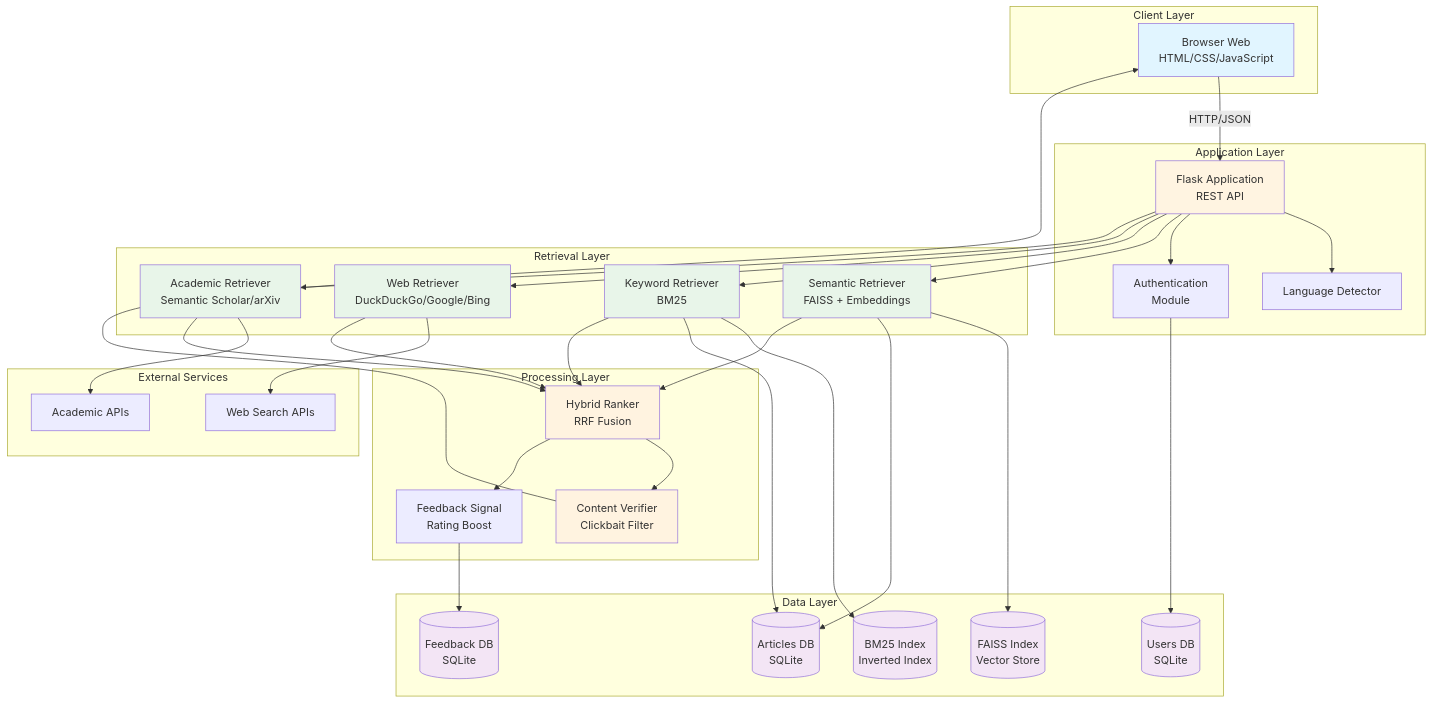
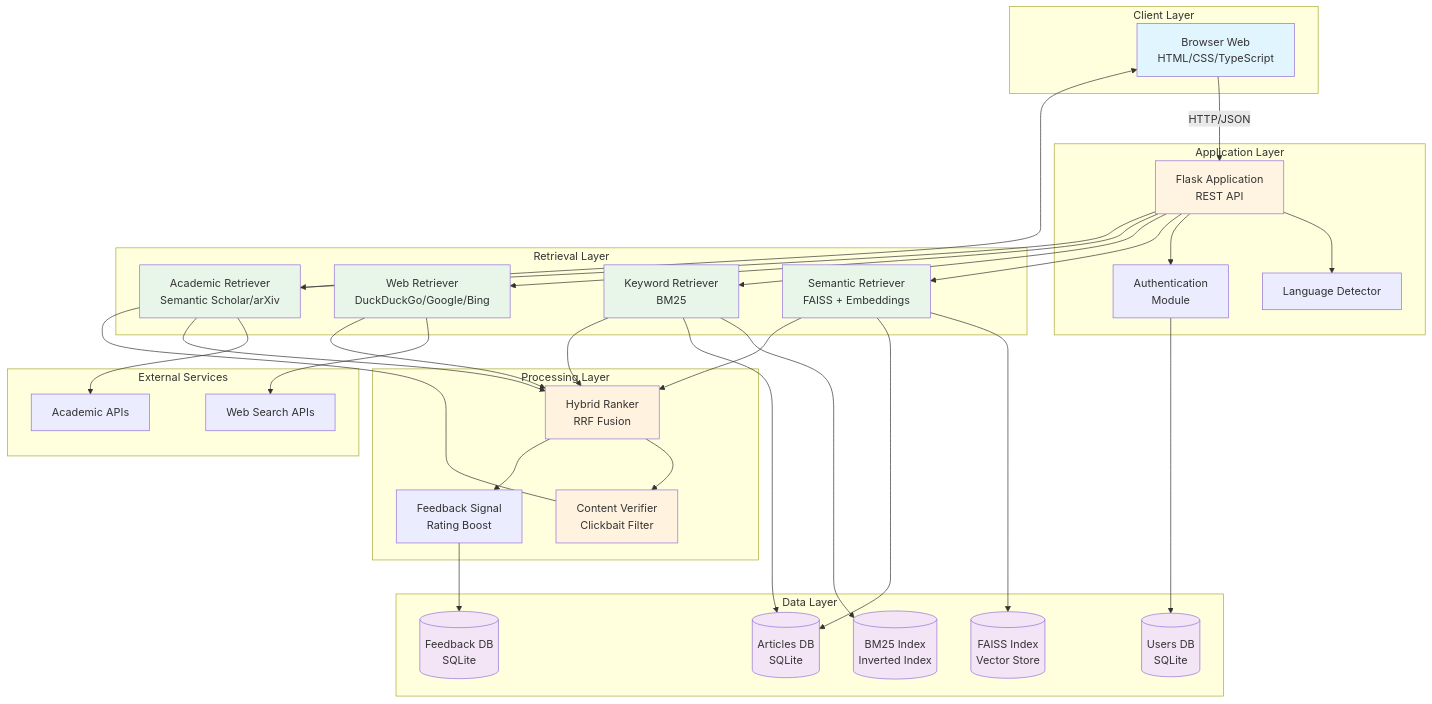
Before and after one commit to cr1stiaaana/Licenta_ThesisSourcesRecommender: the first of 13 diagrams in theory_files/ARHITECTURA_SISTEM.md, drawn with Mermaid. The commit also changed other lines of this file and 11 other files, not shown here.

First line of the commit message:
Add architecture diagrams, thesis articles, and update JS to TypeScript references

````diff
--- a/theory_files/ARHITECTURA_SISTEM.md
+++ b/theory_files/ARHITECTURA_SISTEM.md
@@ -13,79 +13,79 @@
 ```mermaid
 graph TB
     subgraph "Client Layer"
-        Browser[Browser Web<br/>HTML/CSS/JavaScript]
+        Browser[Browser Web<br/>HTML/CSS/TypeScript]
     end
 
     subgraph "Application Layer"
         Flask[Flask Application<br/>REST API]
         LD[Language Detector]
         Auth[Authentication<br/>Module]
     end
 
     subgraph "Retrieval Layer"
         SR[Semantic Retriever<br/>FAISS + Embeddings]
         KR[Keyword Retriever<br/>BM25]
         WR[Web Retriever<br/>DuckDuckGo/Google/Bing]
         AR[Academic Retriever<br/>Semantic Scholar/arXiv]
     end
 
     subgraph "Processing Layer"
         HR[Hybrid Ranker<br/>RRF Fusion]
         CV[Content Verifier<br/>Clickbait Filter]
         FS[Feedback Signal<br/>Rating Boost]
     end
 
     subgraph "Data Layer"
         FAISS[(FAISS Index<br/>Vector Store)]
         BM25[(BM25 Index<br/>Inverted Index)]
         ArticleDB[(Articles DB<br/>SQLite)]
         FeedbackDB[(Feedback DB<br/>SQLite)]
         UserDB[(Users DB<br/>SQLite)]
     end
 
     subgraph "External Services"
         WebAPI[Web Search APIs]
         AcademicAPI[Academic APIs]
     end
 
     Browser -->|HTTP/JSON| Flask
     Flask --> LD
     Flask --> Auth
     Flask --> SR
     Flask --> KR
     Flask --> WR
     Flask --> AR
     
     SR --> FAISS
     SR --> ArticleDB
     KR --> BM25
     KR --> ArticleDB
     WR --> WebAPI
     AR --> AcademicAPI
     
     SR --> HR
     KR --> HR
     WR --> HR
     AR --> HR
     
     HR --> CV
     HR --> FS
     FS --> FeedbackDB
     
     CV --> Browser
     Auth --> UserDB
     
     style Browser fill:#e1f5ff
     style Flask fill:#fff4e1
     style SR fill:#e8f5e9
     style KR fill:#e8f5e9
     style WR fill:#e8f5e9
     style AR fill:#e8f5e9
     style HR fill:#fff3e0
     style CV fill:#fff3e0
     style FAISS fill:#f3e5f5
     style BM25 fill:#f3e5f5
     style ArticleDB fill:#f3e5f5
     style FeedbackDB fill:#f3e5f5
     style UserDB fill:#f3e5f5
 ```
````
